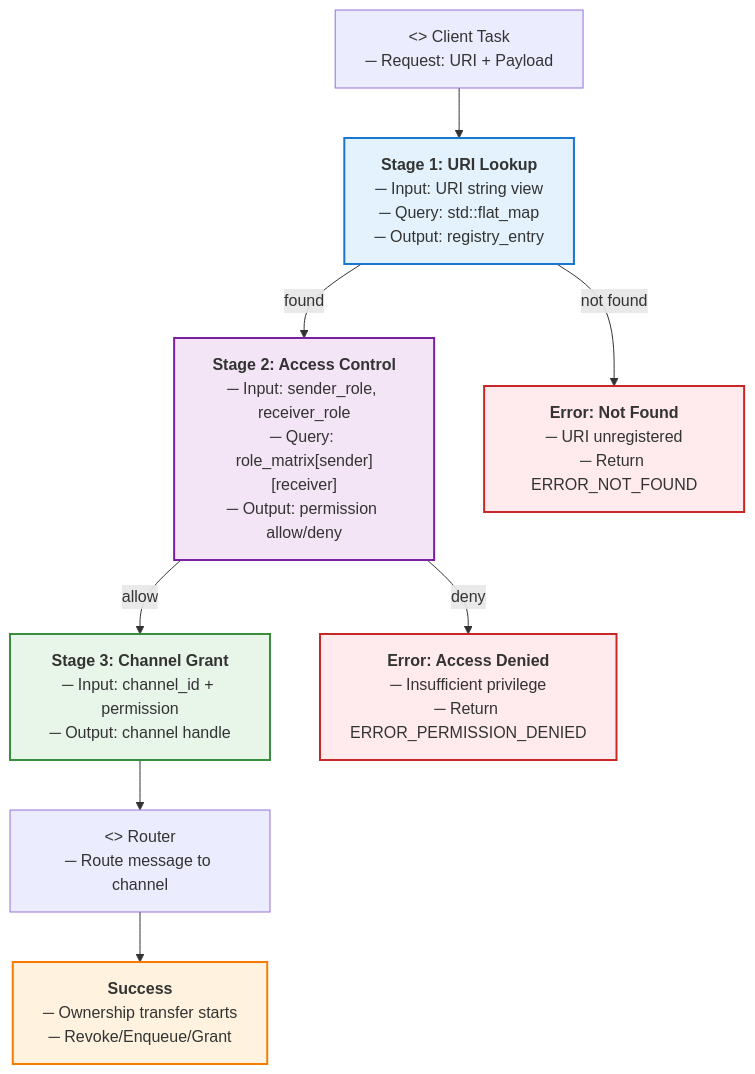
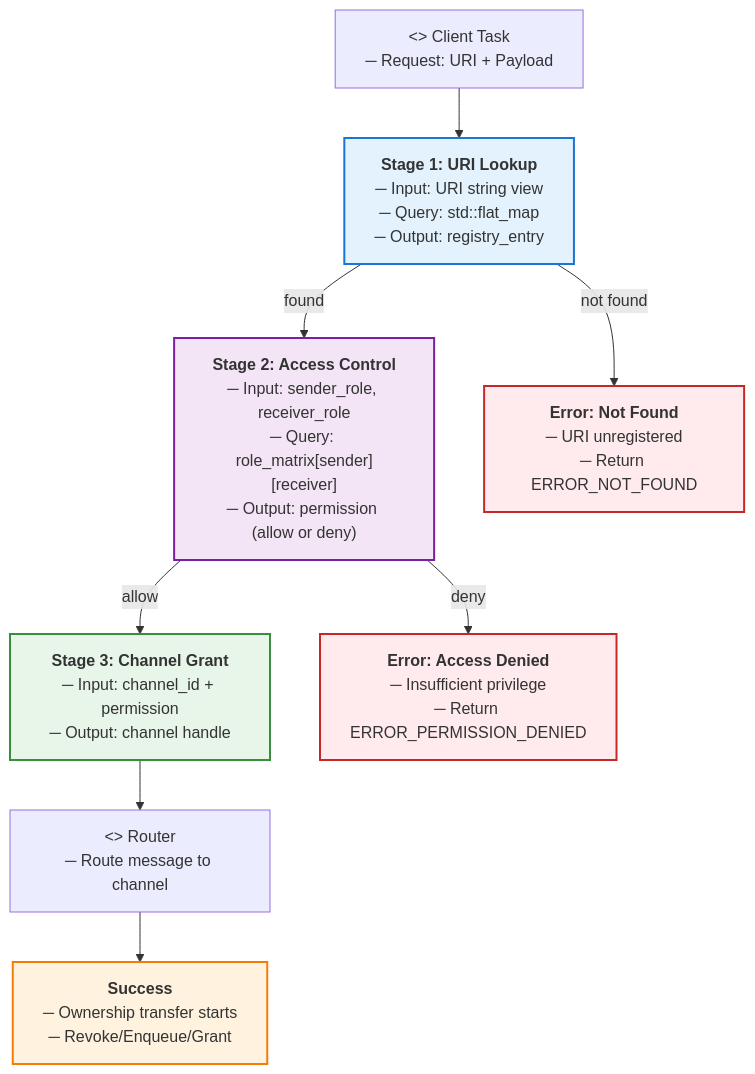
One commit to kmt-t/fireball changed the second of 6 diagrams in docs/components/interface/ipc_router.md. Above: the diagram before and after it, drawn with Mermaid. The commit also changed other lines of this file and 3 other files, not shown here.

First line of the commit message:
refactor: extract Mermaid validation rules to CSV config

````diff
--- a/docs/components/interface/ipc_router.md
+++ b/docs/components/interface/ipc_router.md
@@ -103,33 +103,33 @@
 ```mermaid
 graph TD
     Client["<<block>> Client Task<br/>─ Request: URI + Payload"]
     
     Lookup["<b>Stage 1: URI Lookup</b><br/>─ Input: URI string view<br/>─ Query: std::flat_map<br/>─ Output: registry_entry"]
     
-    ACCheck["<b>Stage 2: Access Control</b><br/>─ Input: sender_role, receiver_role<br/>─ Query: role_matrix[sender][receiver]<br/>─ Output: permission allow/deny"]
+    ACCheck["<b>Stage 2: Access Control</b><br/>─ Input: sender_role, receiver_role<br/>─ Query: role_matrix[sender][receiver]<br/>─ Output: permission (allow or deny)"]
     
     ChGrant["<b>Stage 3: Channel Grant</b><br/>─ Input: channel_id + permission<br/>─ Output: channel handle"]
     
     Router["<<block>> Router<br/>─ Route message to channel"]
     
     Error1["<b>Error: Not Found</b><br/>─ URI unregistered<br/>─ Return ERROR_NOT_FOUND"]
     
     Error2["<b>Error: Access Denied</b><br/>─ Insufficient privilege<br/>─ Return ERROR_PERMISSION_DENIED"]
     
     Success["<b>Success</b><br/>─ Ownership transfer starts<br/>─ Revoke/Enqueue/Grant"]
     
     Client --> Lookup
     Lookup -->|found| ACCheck
     Lookup -->|not found| Error1
     ACCheck -->|allow| ChGrant
     ACCheck -->|deny| Error2
     ChGrant --> Router
     Router --> Success
     
     style Lookup fill:#e3f2fd,stroke:#1976d2,stroke-width:2px
     style ACCheck fill:#f3e5f5,stroke:#7b1fa2,stroke-width:2px
     style ChGrant fill:#e8f5e9,stroke:#388e3c,stroke-width:2px
     style Success fill:#fff3e0,stroke:#f57c00,stroke-width:2px
     style Error1 fill:#ffebee,stroke:#c62828,stroke-width:2px
     style Error2 fill:#ffebee,stroke:#c62828,stroke-width:2px
 ```
````
